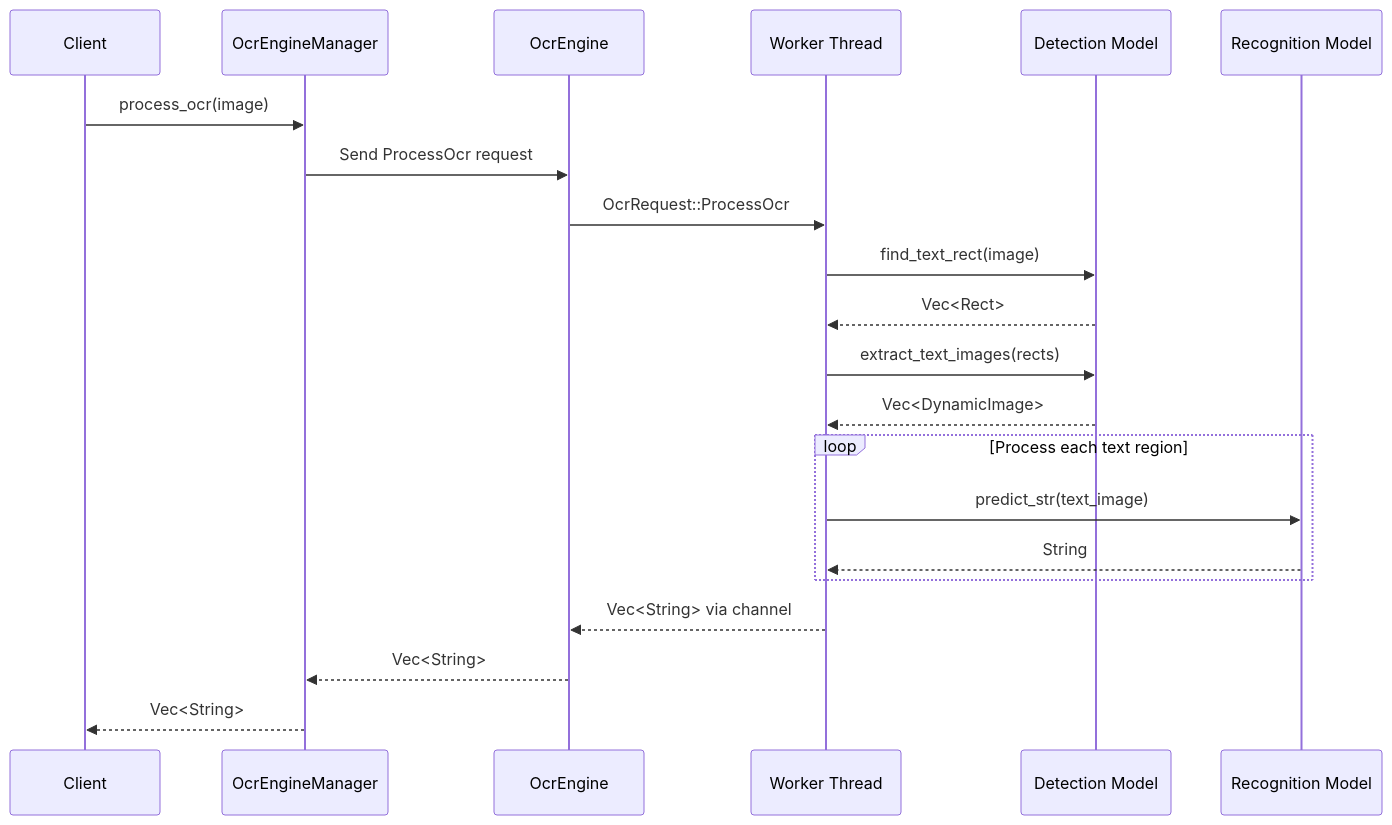
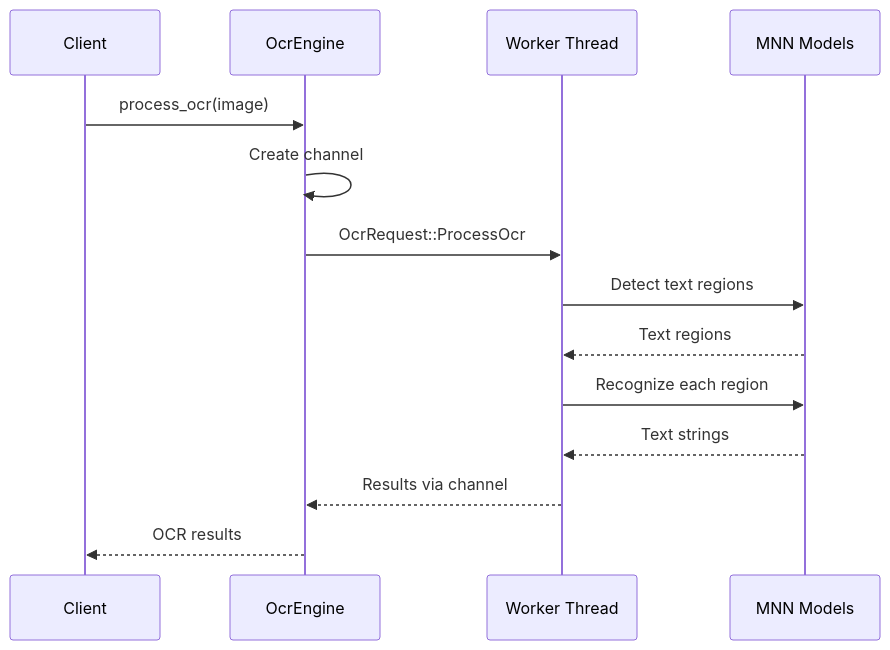
Before and after one commit to ramudaderuta/rust-paddle-ocr: the second of 3 diagrams in docs/code-explanation.md, drawn with Mermaid. The commit also changed other lines of this file and 7 other files, not shown here.

````diff
--- a/docs/code-explanation.md
+++ b/docs/code-explanation.md
@@ -72,28 +70,17 @@
 ```mermaid
 sequenceDiagram
     participant Client
-    participant Manager as OcrEngineManager
     participant Engine as OcrEngine
     participant Worker as Worker Thread
-    participant Det as Detection Model
-    participant Rec as Recognition Model
+    participant Model as MNN Models
 
-    Client->>Manager: process_ocr(image)
-    Manager->>Engine: Send ProcessOcr request
+    Client->>Engine: process_ocr(image)
+    Engine->>Engine: Create channel
     Engine->>Worker: OcrRequest::ProcessOcr
-
-    Worker->>Det: find_text_rect(image)
-    Det-->>Worker: Vec<Rect>
-
-    Worker->>Det: extract_text_images(rects)
-    Det-->>Worker: Vec<DynamicImage>
-
-    loop Process each text region
-        Worker->>Rec: predict_str(text_image)
-        Rec-->>Worker: String
-    end
-
-    Worker-->>Engine: Vec<String> via channel
-    Engine-->>Manager: Vec<String>
-    Manager-->>Client: Vec<String>
+    Worker->>Model: Detect text regions
+    Model-->>Worker: Text regions
+    Worker->>Model: Recognize each region
+    Model-->>Worker: Text strings
+    Worker-->>Engine: Results via channel
+    Engine-->>Client: OCR results
 ```
````
